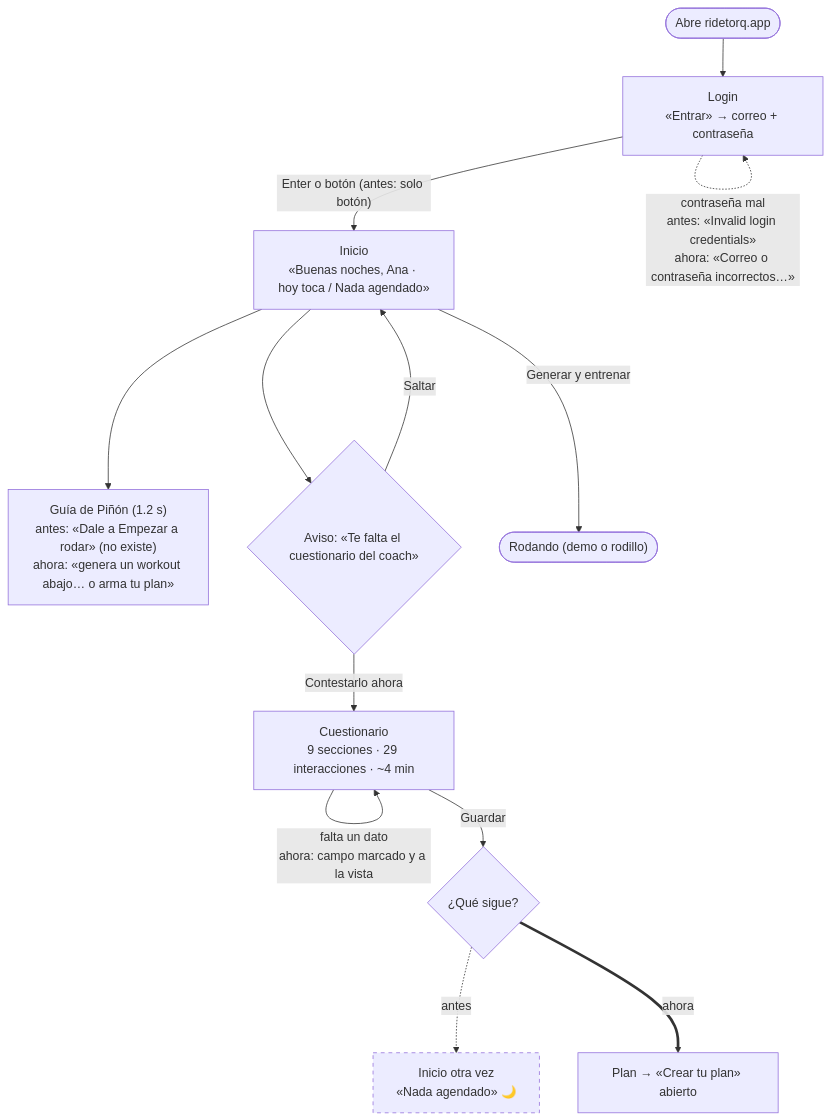
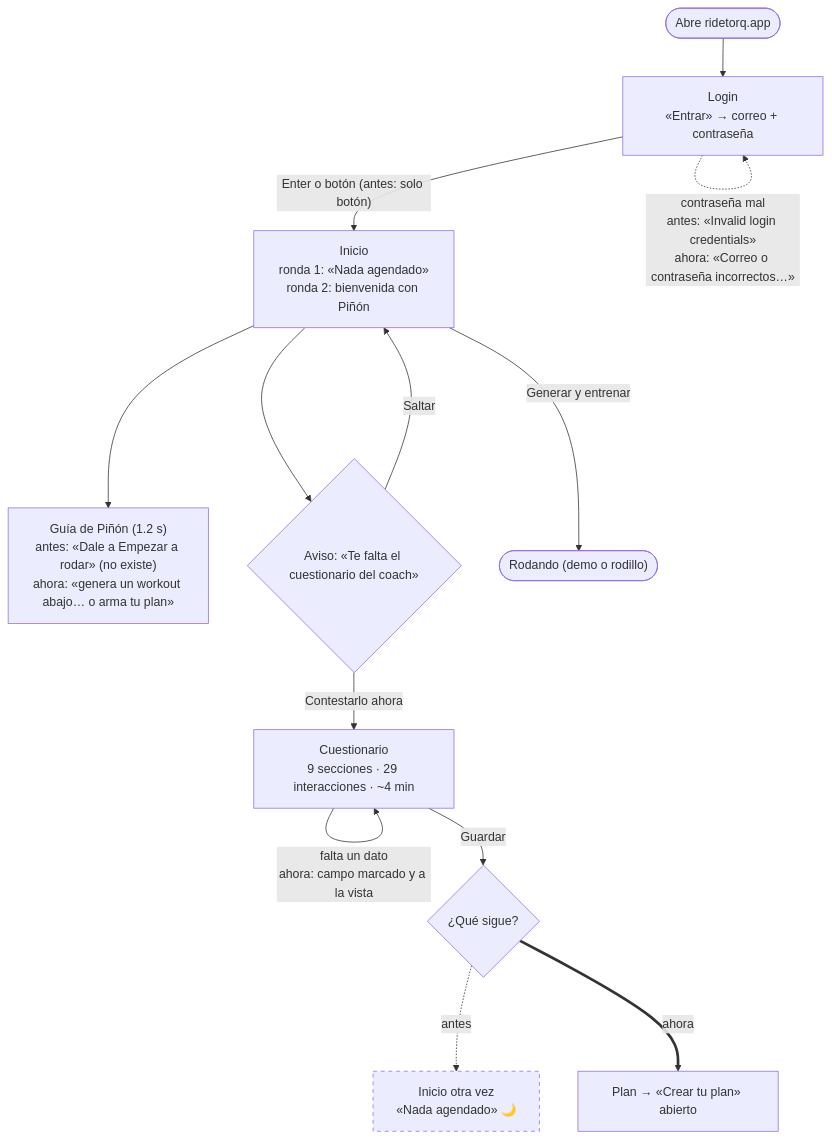
Before and after one commit to TheDiegoFrade/cycling_app: the third of 6 diagrams in docs/evaluaciones/2026-10-20-ux-flujos.md, drawn with Mermaid. The commit also changed other lines of this file and 46 other files, not shown here.

First line of the commit message:
Ronda 2 de UX: pruebas de las decisiones, arnés de calidad de Piñón y documento

````diff
--- a/docs/evaluaciones/2026-10-20-ux-flujos.md
+++ b/docs/evaluaciones/2026-10-20-ux-flujos.md
@@ -112,16 +198,16 @@
 ```mermaid
 flowchart TD
   A([Abre ridetorq.app]) --> B["Login<br/>«Entrar» → correo + contraseña"]
-  B -->|"Enter o botón (antes: solo botón)"| C["Inicio<br/>«Buenas noches, Ana · hoy toca / Nada agendado»"]
+  B -->|"Enter o botón (antes: solo botón)"| C["Inicio<br/>ronda 1: «Nada agendado»<br/>ronda 2: bienvenida con Piñón"]
   B -.->|"contraseña mal<br/>antes: «Invalid login credentials»<br/>ahora: «Correo o contraseña incorrectos…»"| B
   C --> G["Guía de Piñón (1.2 s)<br/>antes: «Dale a Empezar a rodar» (no existe)<br/>ahora: «genera un workout abajo… o arma tu plan»"]
   C --> D{"Aviso: «Te falta el cuestionario del coach»"}
   D -->|Contestarlo ahora| Q["Cuestionario<br/>9 secciones · 29 interacciones · ~4 min"]
   D -->|Saltar| C
   Q -->|"falta un dato<br/>ahora: campo marcado y a la vista"| Q
   Q -->|Guardar| N{"¿Qué sigue?"}
   N -.->|antes| C2["Inicio otra vez<br/>«Nada agendado» 🌙"]
   N ==>|ahora| P["Plan → «Crear tu plan» abierto"]
   C -->|"Generar y entrenar"| R(["Rodando (demo o rodillo)"])
   style C2 stroke-dasharray: 5 5
 ```
````
